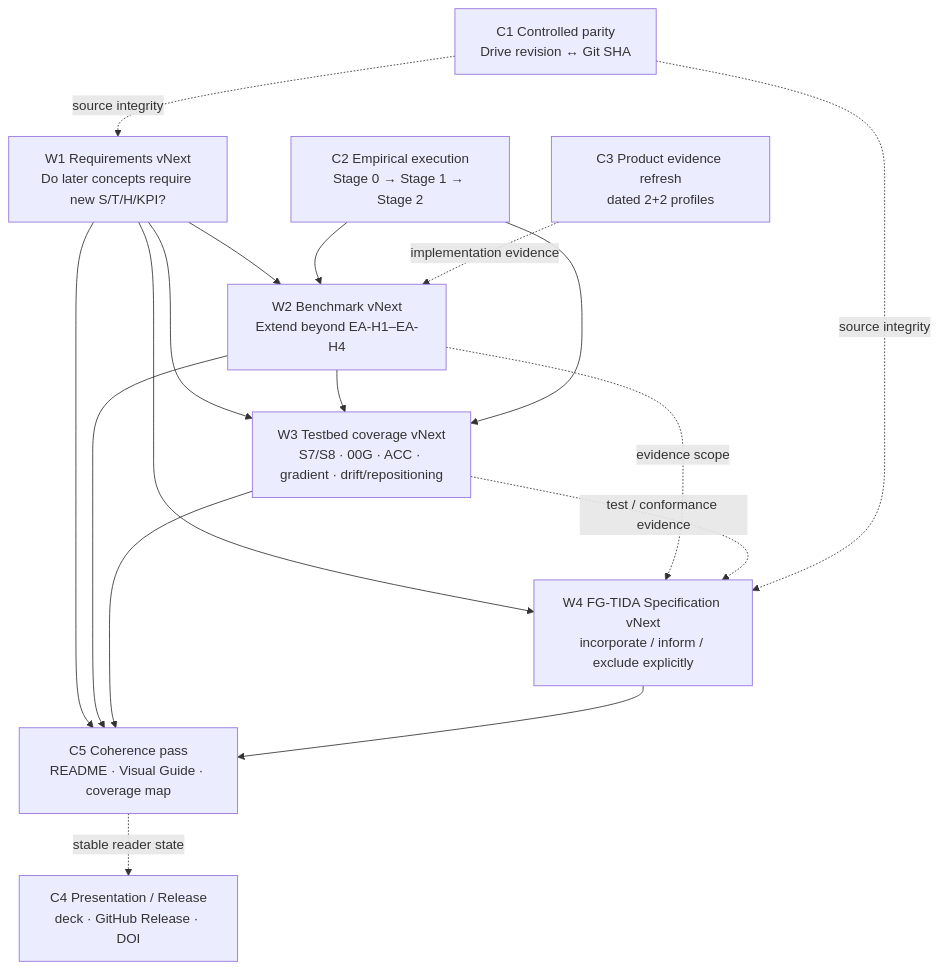
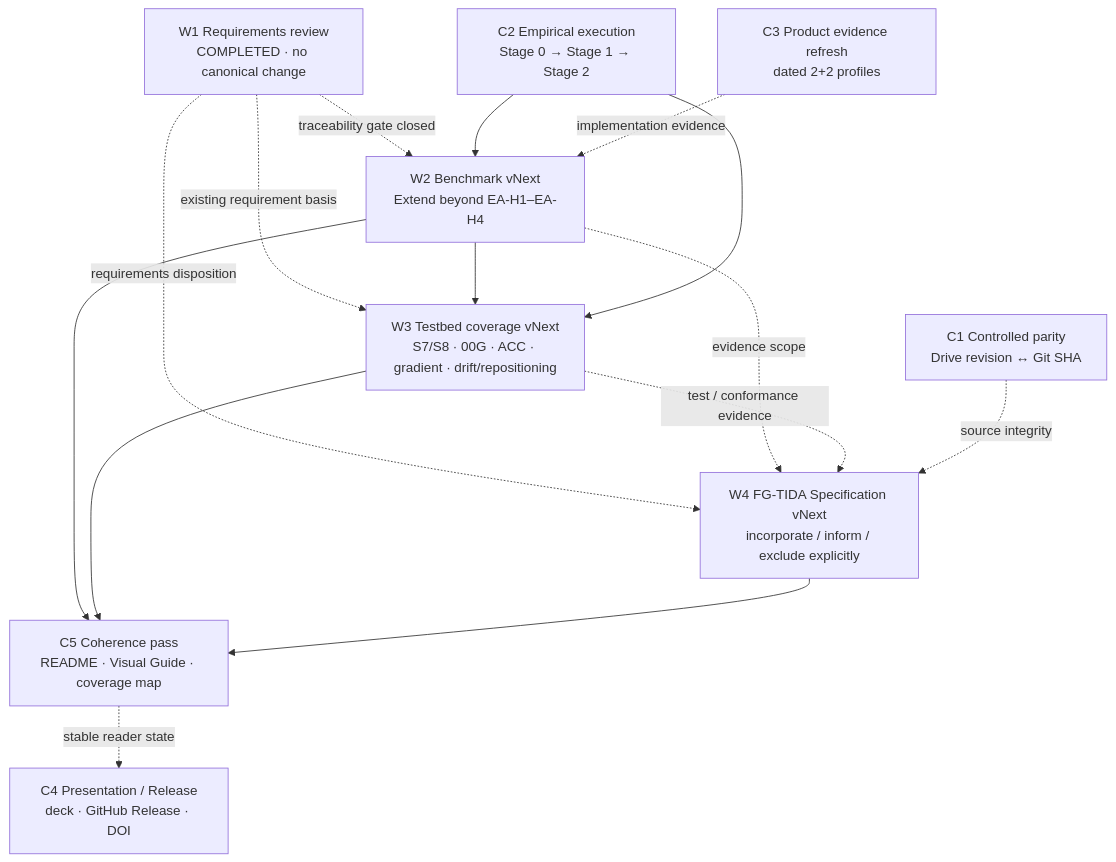
Before and after one commit to dakleyer/structural-awareness-contributions: the eighth of 9 diagrams in research/ecosystem-awareness/VISUAL_GUIDE.md, drawn with Mermaid. The commit also changed other lines of this file, not shown here.

Commit message:
requirements: update visual workfront after W1 review

````diff
--- a/research/ecosystem-awareness/VISUAL_GUIDE.md
+++ b/research/ecosystem-awareness/VISUAL_GUIDE.md
@@ -291,32 +291,30 @@
 ```mermaid
 flowchart TB
-    W1["W1 Requirements vNext<br/>Do later concepts require new S/T/H/KPI?"]
+    W1["W1 Requirements review<br/>COMPLETED · no canonical change"]
     W2["W2 Benchmark vNext<br/>Extend beyond EA-H1–EA-H4"]
     W3["W3 Testbed coverage vNext<br/>S7/S8 · 00G · ACC · gradient · drift/repositioning"]
     W4["W4 FG-TIDA Specification vNext<br/>incorporate / inform / exclude explicitly"]
 
     C1["C1 Controlled parity<br/>Drive revision ↔ Git SHA"]
     C2["C2 Empirical execution<br/>Stage 0 → Stage 1 → Stage 2"]
     C3["C3 Product evidence refresh<br/>dated 2+2 profiles"]
     C4["C4 Presentation / Release<br/>deck · GitHub Release · DOI"]
     C5["C5 Coherence pass<br/>README · Visual Guide · coverage map"]
 
-    W1 --> W2
-    W1 --> W3
-    W1 --> W4
+    W1 -. "traceability gate closed" .-> W2
+    W1 -. "existing requirement basis" .-> W3
+    W1 -. "requirements disposition" .-> W4
     W2 --> W3
     W2 -. "evidence scope" .-> W4
     W3 -. "test / conformance evidence" .-> W4
 
-    C1 -. "source integrity" .-> W1
     C1 -. "source integrity" .-> W4
     C2 --> W2
     C2 --> W3
     C3 -. "implementation evidence" .-> W2
 
-    W1 --> C5
     W2 --> C5
     W3 --> C5
     W4 --> C5
     C5 -. "stable reader state" .-> C4
 ```
````
